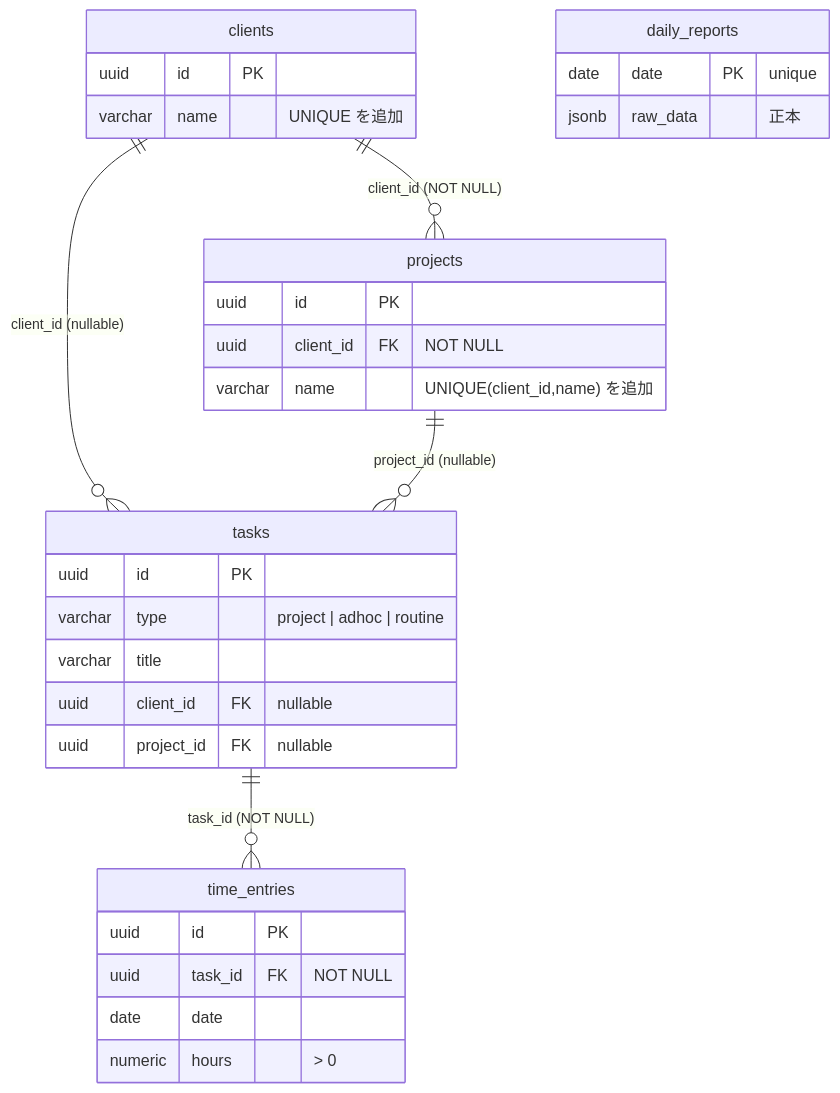
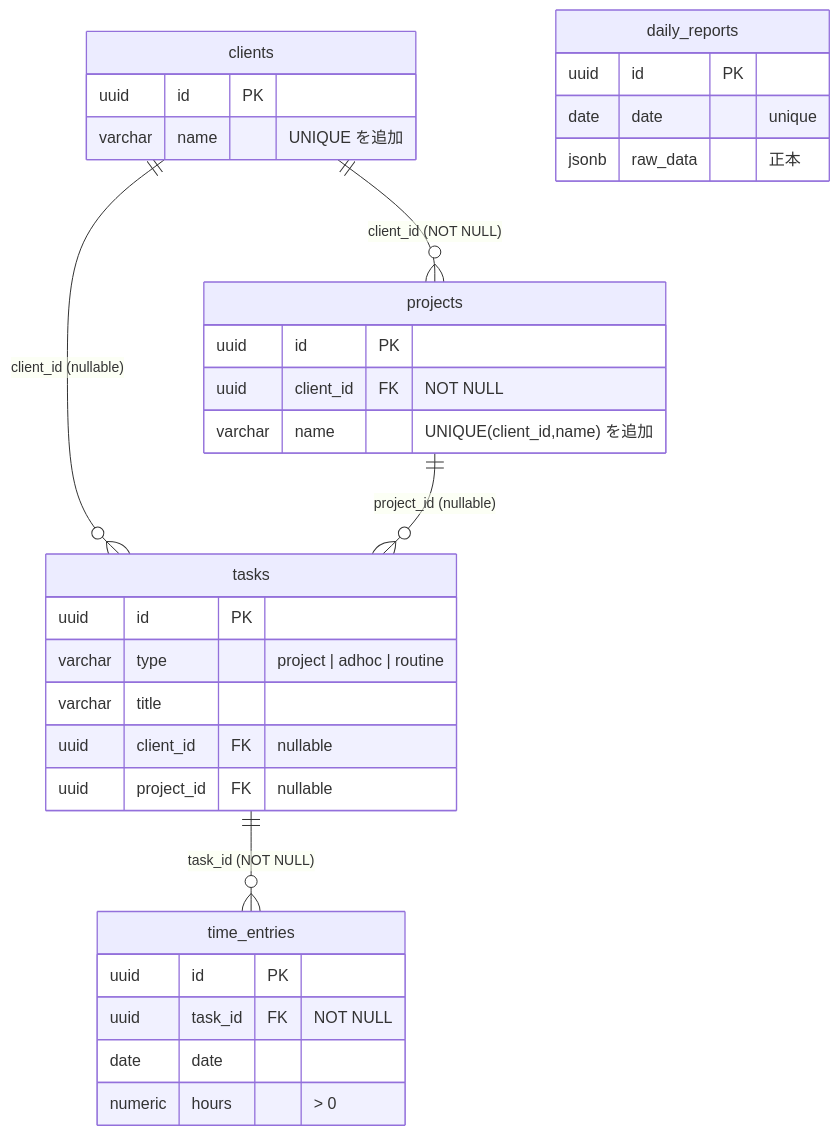
One commit to KenichiMatsumoto123/work-hub changed the second of 2 diagrams in docs/設計/工数実績の正規化保存/工数実績の正規化保存_設計書.md. Above: the diagram before and after it, drawn with Mermaid. The commit also changed other lines of this file, not shown here.

````diff
--- a/docs/設計/工数実績の正規化保存/工数実績の正規化保存_設計書.md
+++ b/docs/設計/工数実績の正規化保存/工数実績の正規化保存_設計書.md
@@ -270,33 +313,34 @@
 ```mermaid
 erDiagram
     clients ||--o{ projects : "client_id (NOT NULL)"
     clients ||--o{ tasks : "client_id (nullable)"
     projects ||--o{ tasks : "project_id (nullable)"
     tasks ||--o{ time_entries : "task_id (NOT NULL)"
     daily_reports {
-        date date PK "unique"
+        uuid id PK
+        date date "unique"
         jsonb raw_data "正本"
     }
     clients {
         uuid id PK
         varchar name "UNIQUE を追加"
     }
     projects {
         uuid id PK
         uuid client_id FK "NOT NULL"
         varchar name "UNIQUE(client_id,name) を追加"
     }
     tasks {
         uuid id PK
         varchar type "project | adhoc | routine"
         varchar title
         uuid client_id FK "nullable"
         uuid project_id FK "nullable"
     }
     time_entries {
         uuid id PK
         uuid task_id FK "NOT NULL"
         date date
         numeric hours "> 0"
     }
 ```
````
